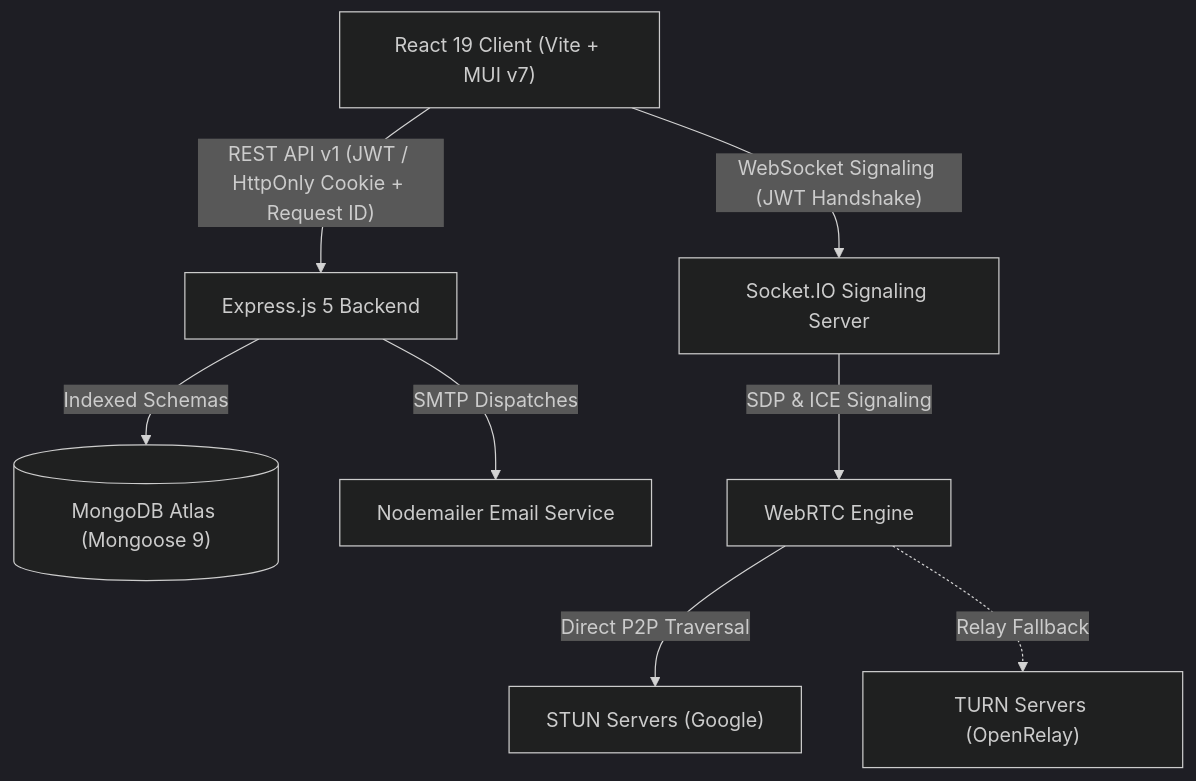
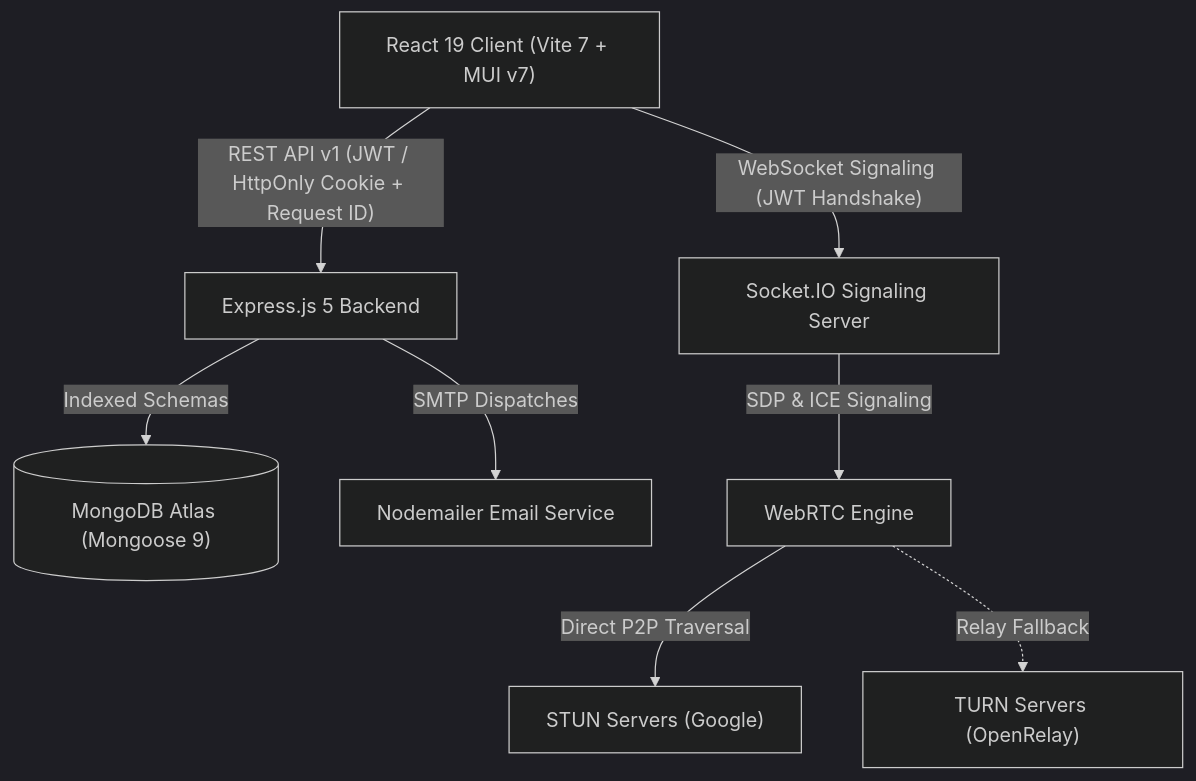
One commit to Sekhar01807/Novacall changed the first of 3 diagrams in README.md. Above: the diagram before and after it, drawn with Mermaid (dark theme). The commit also changed other lines of this file, not shown here.

````diff
--- a/README.md
+++ b/README.md
@@ -92,11 +105,11 @@
 ```mermaid
 graph TD
-    Client["React 19 Client (Vite + MUI v7)"]
+    Client["React 19 Client (Vite 7 + MUI v7)"]
     Client -->|"REST API v1 (JWT / HttpOnly Cookie + Request ID)"| Express["Express.js 5 Backend"]
     Client -->|"WebSocket Signaling (JWT Handshake)"| Socket["Socket.IO Signaling Server"]
     Express -->|"Indexed Schemas"| Mongo[("MongoDB Atlas (Mongoose 9)")]
     Express -->|"SMTP Dispatches"| Mail["Nodemailer Email Service"]
     Socket -->|"SDP & ICE Signaling"| WebRTC["WebRTC Engine"]
     WebRTC -->|"Direct P2P Traversal"| STUN["STUN Servers (Google)"]
     WebRTC -.->|"Relay Fallback"| TURN["TURN Servers (OpenRelay)"]
 ```
````
